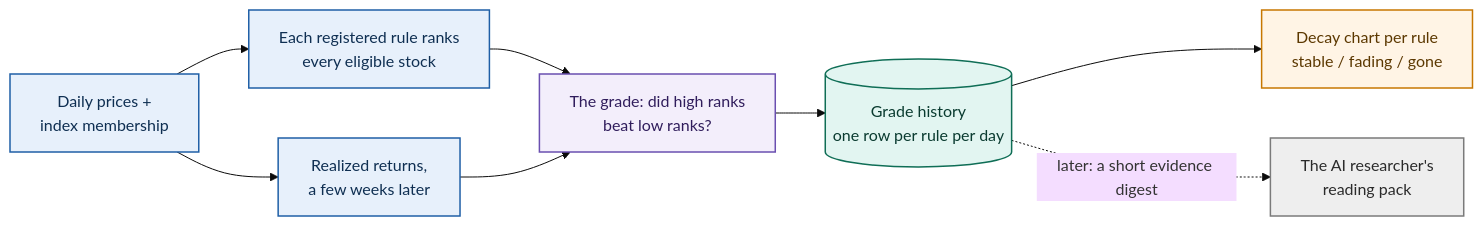
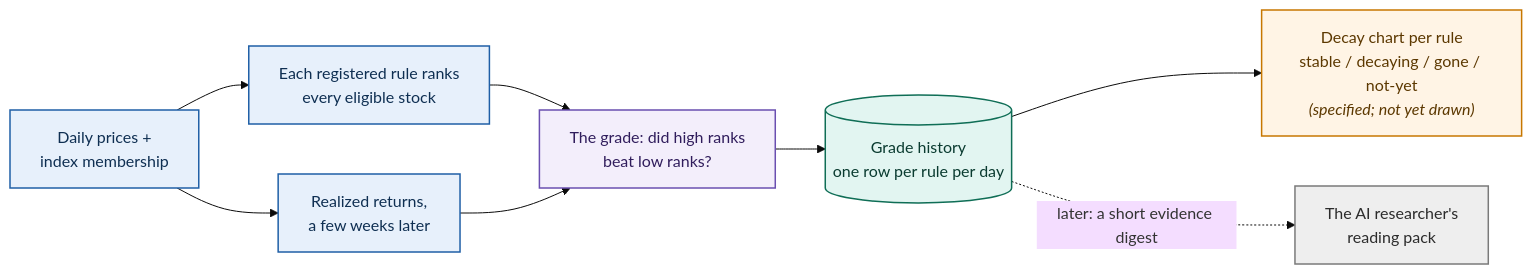
One commit to masalasev-ops/AlphaFinanceLab changed diagram 11 of 11 in ORIENTATION.md. Above: the diagram before and after it, drawn with Mermaid (base theme). The commit also changed other lines of this file and 1 other file, not shown here.

````diff
--- a/ORIENTATION.md
+++ b/ORIENTATION.md
@@ -394,16 +394,16 @@
 ```mermaid
 flowchart LR
     BARS["Daily prices +<br/>index membership"]:::machine --> SCORE["Each registered rule ranks<br/>every eligible stock"]:::machine
     BARS --> FWD["Realized returns,<br/>a few weeks later"]:::machine
     SCORE --> GRADE["The grade: did high ranks<br/>beat low ranks?"]:::verdict
     FWD --> GRADE
     GRADE --> HIST[("Grade history<br/>one row per rule per day")]:::hub
-    HIST --> PANEL["Decay chart per rule<br/>stable / fading / gone"]:::outcome
+    HIST --> PANEL["Decay chart per rule<br/>stable / decaying / gone / not-yet<br/><i>(specified; not yet drawn)</i>"]:::outcome
     HIST -.->|"later: a short evidence digest"| AI["The AI researcher's<br/>reading pack"]:::notrade
     classDef trade fill:#E8F5E9,stroke:#2E7D46,stroke-width:1.5px,color:#14351f;
     classDef notrade fill:#EEEEEE,stroke:#7A7A7A,stroke-width:1.5px,color:#2b2b2b;
     classDef machine fill:#E7F0FB,stroke:#1F5FA6,stroke-width:1.5px,color:#0f2f52;
     classDef outcome fill:#FFF4E5,stroke:#C77700,stroke-width:1.5px,color:#5c3800;
     classDef hub fill:#E2F5F1,stroke:#0F6E56,stroke-width:1.5px,color:#0a3b30;
     classDef verdict fill:#F3EEFB,stroke:#6A4FB0,stroke-width:1.5px,color:#301d5c;
 ```
````
